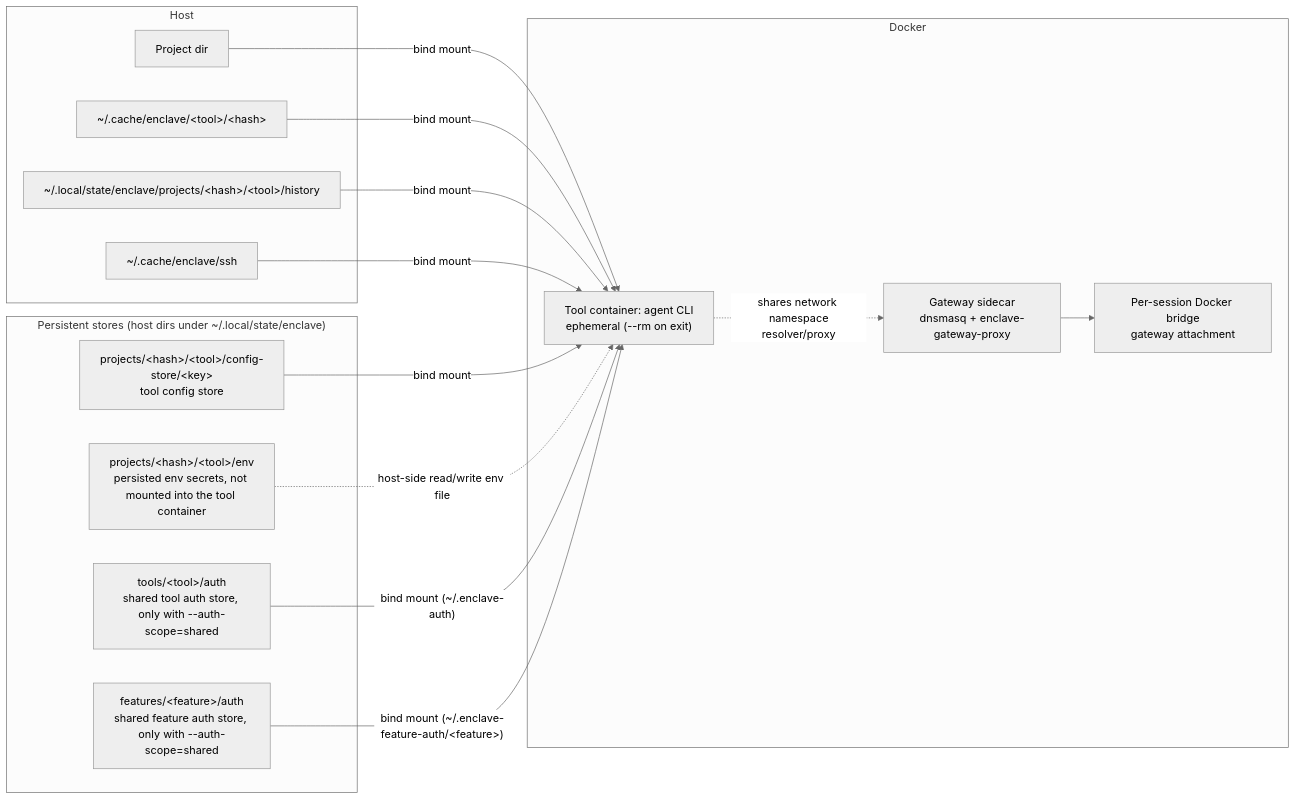
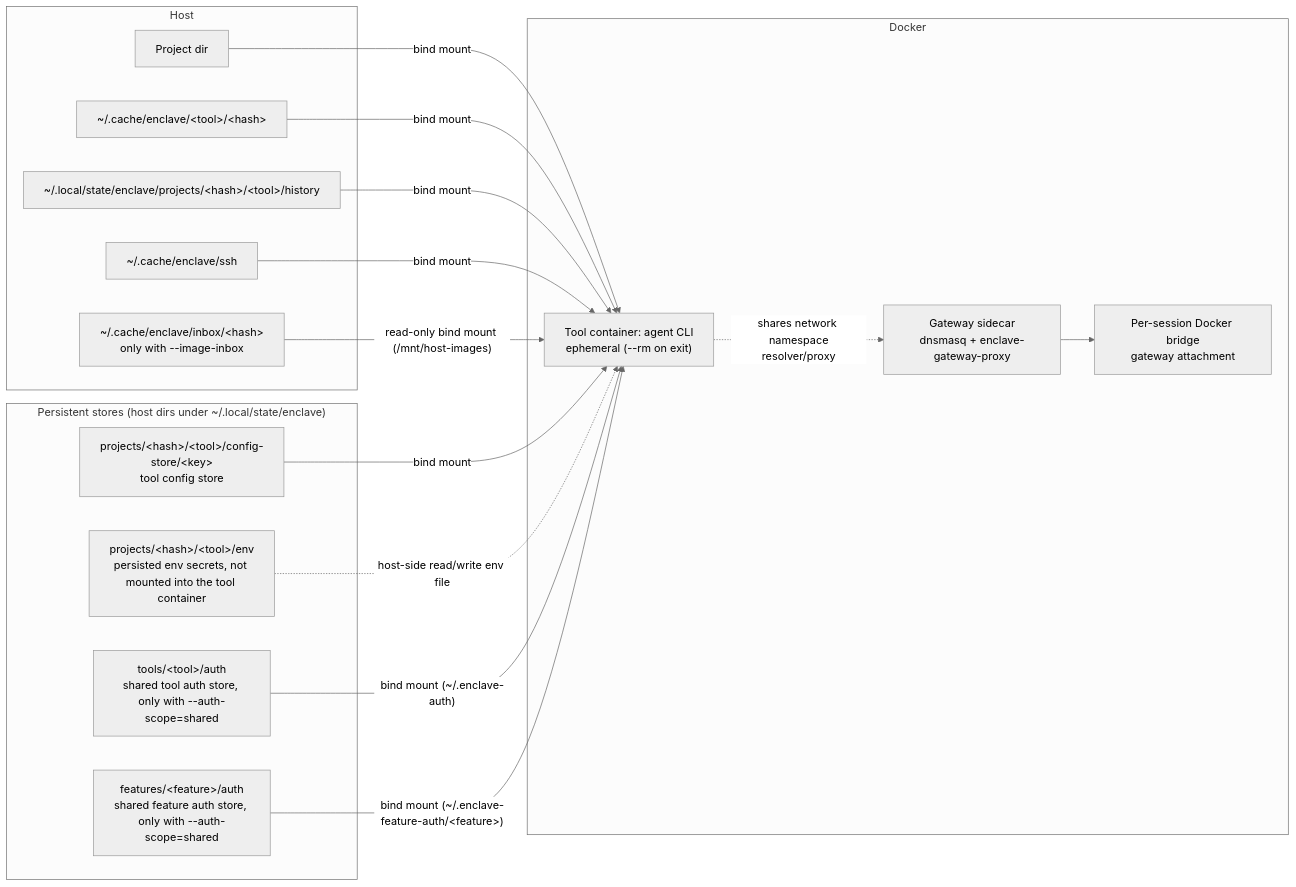
One commit to eclipse-enclave/enclave changed the first of 2 diagrams in docs/ARCHITECTURE.md. Above: the diagram before and after it, drawn with Mermaid (neutral theme). The commit also changed 30 other files, not shown here.

First line of the commit message:
feat: import host images into a per-project image inbox

````diff
--- a/docs/ARCHITECTURE.md
+++ b/docs/ARCHITECTURE.md
@@ -32,33 +32,35 @@
 ```mermaid
 flowchart LR
     subgraph Host
         ProjectDir["Project dir"]
         CacheDir["~/.cache/enclave/&lt;tool&gt;/&lt;hash&gt;"]
         HistoryDir["~/.local/state/enclave/projects/&lt;hash&gt;/&lt;tool&gt;/history"]
         SSHDir["~/.cache/enclave/ssh"]
+        InboxDir["~/.cache/enclave/inbox/&lt;hash&gt;<br/>only with --image-inbox"]
     end
 
     subgraph Stores["Persistent stores (host dirs under ~/.local/state/enclave)"]
         ConfigStore["projects/&lt;hash&gt;/&lt;tool&gt;/config-store/&lt;key&gt;<br/>tool config store"]
         EnvStore["projects/&lt;hash&gt;/&lt;tool&gt;/env<br/>persisted env secrets, not mounted into the tool container"]
         SharedAuthStore["tools/&lt;tool&gt;/auth<br/>shared tool auth store, only with --auth-scope=shared"]
         FeatureAuthStore["features/&lt;feature&gt;/auth<br/>shared feature auth store, only with --auth-scope=shared"]
     end
 
     subgraph Docker
         DnsNet["Per-session Docker bridge<br/>gateway attachment"]
         Gateway["Gateway sidecar<br/>dnsmasq + enclave-gateway-proxy"]
         Tool["Tool container: agent CLI<br/>ephemeral (--rm on exit)"]
     end
 
     ProjectDir -->|"bind mount"| Tool
     CacheDir -->|"bind mount"| Tool
     HistoryDir -->|"bind mount"| Tool
     SSHDir -->|"bind mount"| Tool
+    InboxDir -->|"read-only bind mount (/mnt/host-images)"| Tool
     ConfigStore -->|"bind mount"| Tool
     EnvStore -.->|"host-side read/write env file"| Tool
     SharedAuthStore -->|"bind mount (~/.enclave-auth)"| Tool
     FeatureAuthStore -->|"bind mount (~/.enclave-feature-auth/&lt;feature&gt;)"| Tool
     Gateway --> DnsNet
     Tool -.->|"shares network namespace<br/>resolver/proxy"| Gateway
 ```
````
